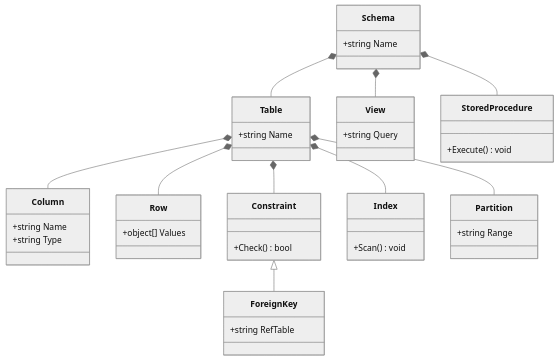
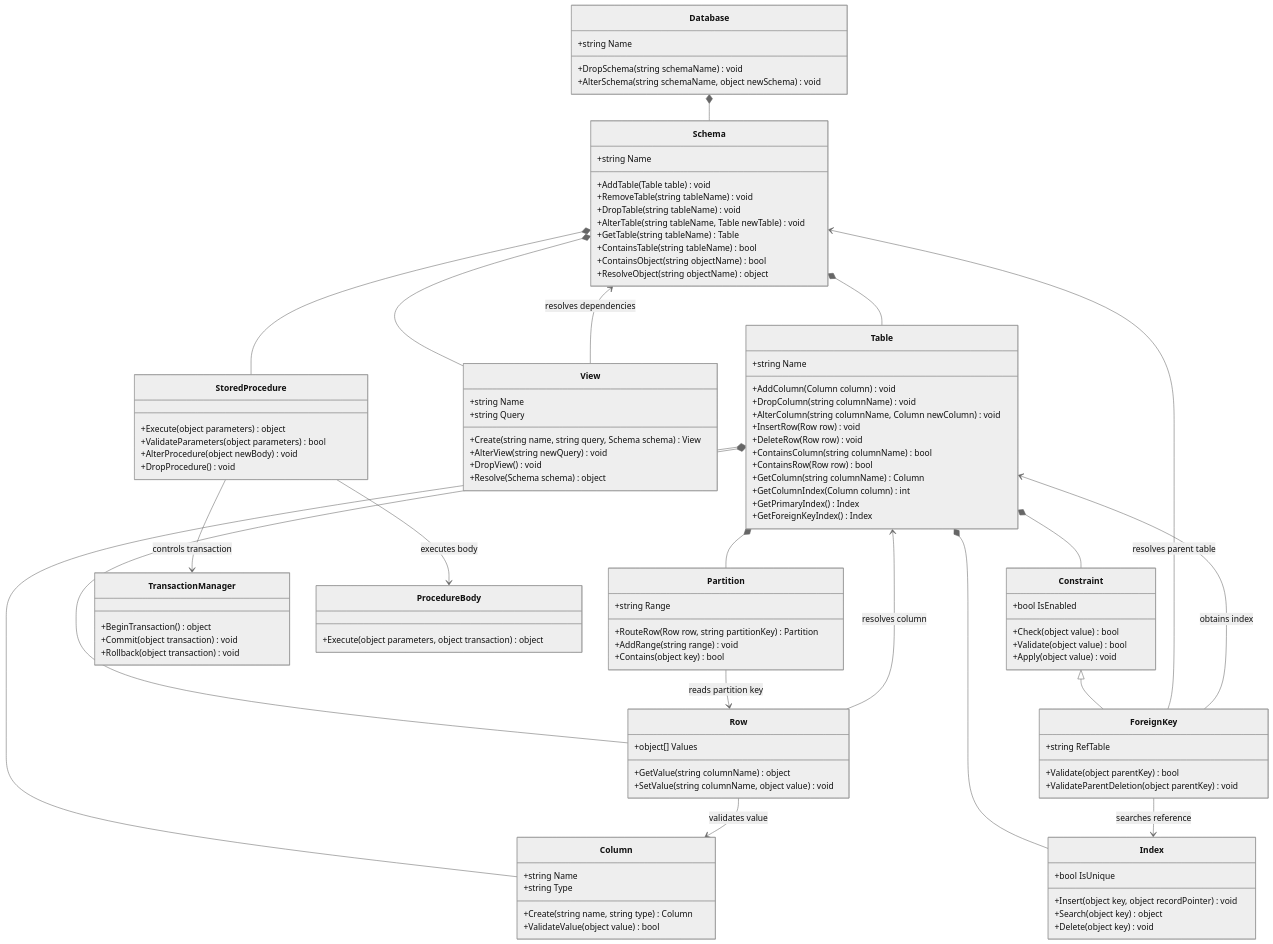
Before and after one commit to manaxpow/DBMS: the first of 43 diagrams in docs/sequence-diagrams/database-object/README.md, drawn with Mermaid (neutral theme). The commit also changed other lines of this file and 75 other files, not shown here.

````diff
--- a/docs/sequence-diagrams/database-object/README.md
+++ b/docs/sequence-diagrams/database-object/README.md
@@ -5,45 +5,130 @@
 ```mermaid
 classDiagram
     direction TB
+
+    class Database {
+        +string Name
+        +DropSchema(string schemaName) void
+        +AlterSchema(string schemaName, object newSchema) void
+    }
+
     class Schema {
         +string Name
+        +AddTable(Table table) void
+        +RemoveTable(string tableName) void
+        +DropTable(string tableName) void
+        +AlterTable(string tableName, Table newTable) void
+        +GetTable(string tableName) Table
+        +ContainsTable(string tableName) bool
+        +ContainsObject(string objectName) bool
+        +ResolveObject(string objectName) object
     }
+
     class Table {
         +string Name
+        +AddColumn(Column column) void
+        +DropColumn(string columnName) void
+        +AlterColumn(string columnName, Column newColumn) void
+        +InsertRow(Row row) void
+        +DeleteRow(Row row) void
+        +ContainsColumn(string columnName) bool
+        +ContainsRow(Row row) bool
+        +GetColumn(string columnName) Column
+        +GetColumnIndex(Column column) int
+        +GetPrimaryIndex() Index
+        +GetForeignKeyIndex() Index
     }
+
     class Column {
         +string Name
         +string Type
+        +Create(string name, string type) Column
+        +ValidateValue(object value) bool
     }
+
     class Row {
         +object[] Values
+        +GetValue(string columnName) object
+        +SetValue(string columnName, object value) void
     }
+
     class Constraint {
-        +Check() bool
+        +bool IsEnabled
+        +Check(object value) bool
+        +Validate(object value) bool
+        +Apply(object value) void
     }
+
     class ForeignKey {
         +string RefTable
+        +Validate(object parentKey) bool
+        +ValidateParentDeletion(object parentKey) void
     }
+
     class Index {
-        +Scan() void
+        +bool IsUnique
+        +Insert(object key, object recordPointer) void
+        +Search(object key) object
+        +Delete(object key) void
     }
+
     class Partition {
         +string Range
-    }
-    class View {
-        +string Query
-    }
-    class StoredProcedure {
-        +Execute() void
+        +RouteRow(Row row, string partitionKey) Partition
+        +AddRange(string range) void
+        +Contains(object key) bool
     }
 
+    class View {
+        +string Name
+        +string Query
+        +Create(string name, string query, Schema schema) View
+        +AlterView(string newQuery) void
+        +DropView() void
+        +Resolve(Schema schema) object
+    }
+
+    class StoredProcedure {
+        +Execute(object parameters) object
+        +ValidateParameters(object parameters) bool
+        +AlterProcedure(object newBody) void
+        +DropProcedure() void
+    }
+
+    class TransactionManager {
+        +BeginTransaction() object
+        +Commit(object transaction) void
+        +Rollback(object transaction) void
+    }
+
+    class ProcedureBody {
+        +Execute(object parameters, object transaction) object
+    }
+
+    Database *-- Schema
     Schema *-- Table
     Schema *-- View
     Schema *-- StoredProcedure
+
     Table *-- Column
     Table *-- Row
     Table *-- Constraint
-    Constraint <|-- ForeignKey
     Table *-- Index
     Table *-- Partition
+
+    Constraint <|-- ForeignKey
+
+    Row --> Table : resolves column
+    Row --> Column : validates value
+
+    ForeignKey --> Schema : resolves parent table
+    ForeignKey --> Table : obtains index
+    ForeignKey --> Index : searches reference
+
+    Partition --> Row : reads partition key
+
+    View --> Schema : resolves dependencies
+
+    StoredProcedure --> TransactionManager : controls transaction
+    StoredProcedure --> ProcedureBody : executes body
 ```
````
